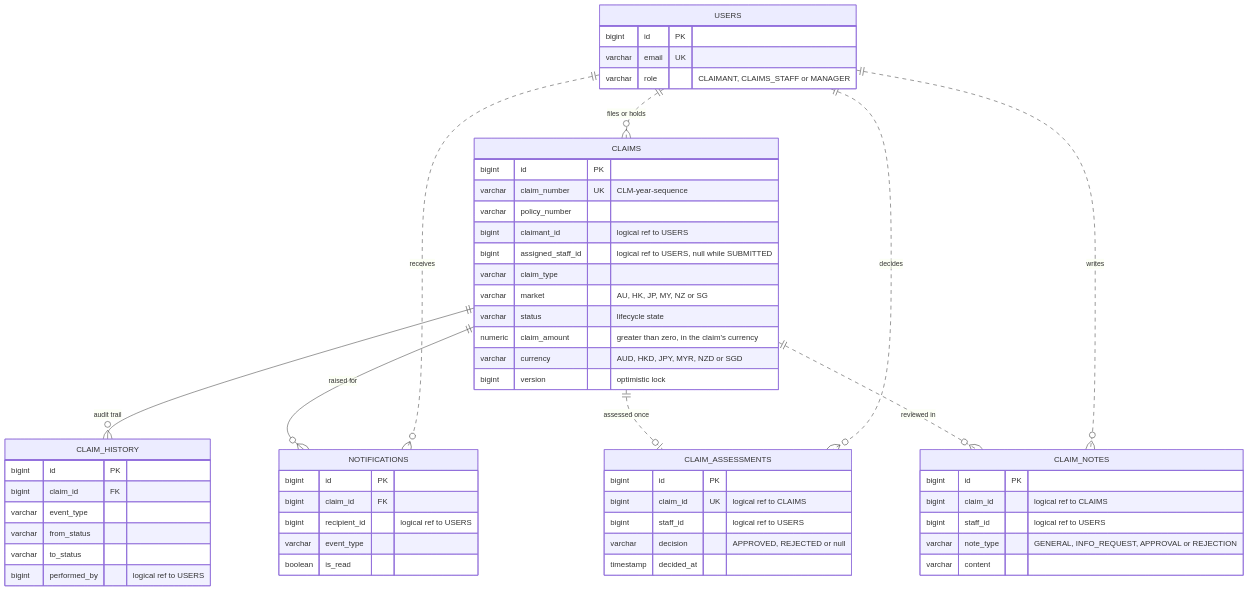
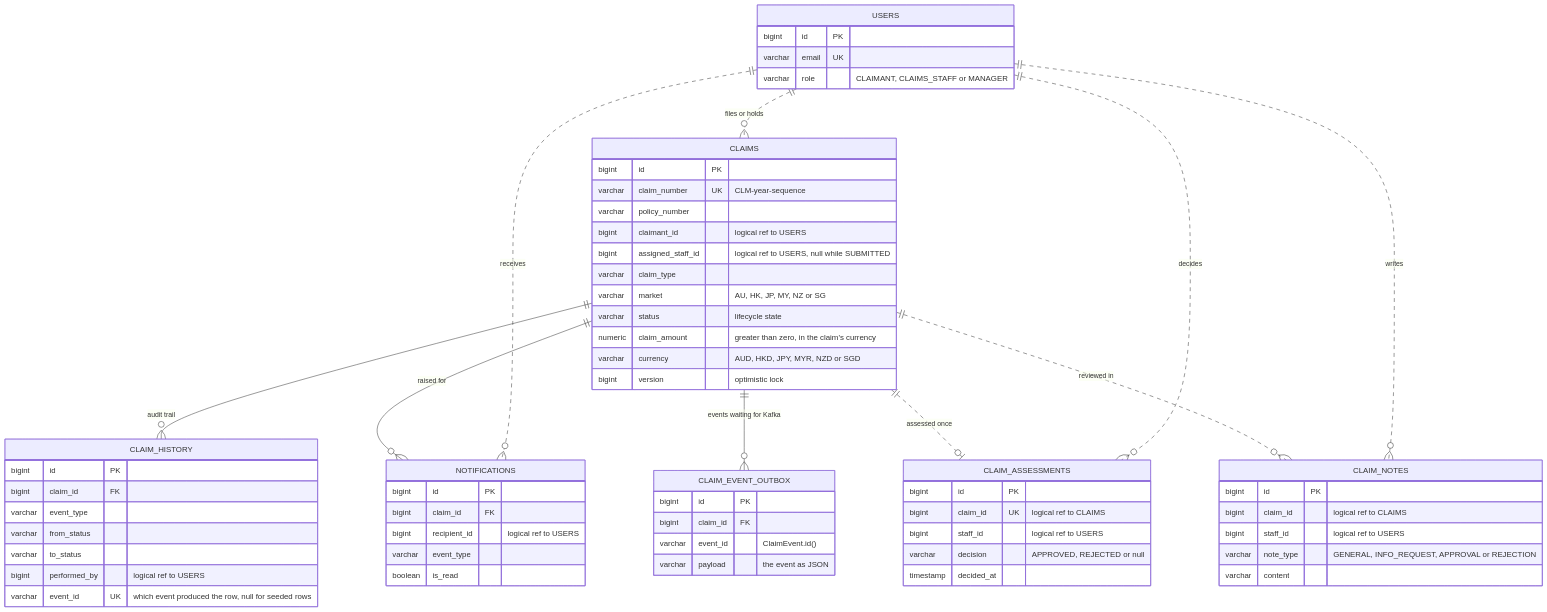
One commit to Prathyusha0405/Claims-Platform changed the sixth of 6 diagrams in architecture.md. Above: the diagram before and after it, drawn with Mermaid. The commit also changed other lines of this file and 14 other files, not shown here.

````diff
--- a/architecture.md
+++ b/architecture.md
@@ -276,58 +368,66 @@
 ```mermaid
 erDiagram
     USERS {
         bigint id PK
         varchar email UK
         varchar role "CLAIMANT, CLAIMS_STAFF or MANAGER"
     }
     CLAIMS {
         bigint id PK
         varchar claim_number UK "CLM-year-sequence"
         varchar policy_number
         bigint claimant_id "logical ref to USERS"
         bigint assigned_staff_id "logical ref to USERS, null while SUBMITTED"
         varchar claim_type
         varchar market "AU, HK, JP, MY, NZ or SG"
         varchar status "lifecycle state"
         numeric claim_amount "greater than zero, in the claim's currency"
         varchar currency "AUD, HKD, JPY, MYR, NZD or SGD"
         bigint version "optimistic lock"
     }
     CLAIM_HISTORY {
         bigint id PK
         bigint claim_id FK
         varchar event_type
         varchar from_status
         varchar to_status
         bigint performed_by "logical ref to USERS"
+        varchar event_id UK "which event produced the row, null for seeded rows"
+    }
+    CLAIM_EVENT_OUTBOX {
+        bigint id PK
+        bigint claim_id FK
+        varchar event_id "ClaimEvent.id()"
+        varchar payload "the event as JSON"
     }
     NOTIFICATIONS {
         bigint id PK
         bigint claim_id FK
         bigint recipient_id "logical ref to USERS"
         varchar event_type
         boolean is_read
     }
     CLAIM_ASSESSMENTS {
         bigint id PK
         bigint claim_id UK "logical ref to CLAIMS"
         bigint staff_id "logical ref to USERS"
         varchar decision "APPROVED, REJECTED or null"
         timestamp decided_at
     }
     CLAIM_NOTES {
         bigint id PK
         bigint claim_id "logical ref to CLAIMS"
         bigint staff_id "logical ref to USERS"
         varchar note_type "GENERAL, INFO_REQUEST, APPROVAL or REJECTION"
         varchar content
     }
     CLAIMS ||--o{ CLAIM_HISTORY : "audit trail"
     CLAIMS ||--o{ NOTIFICATIONS : "raised for"
+    CLAIMS ||--o{ CLAIM_EVENT_OUTBOX : "events waiting for Kafka"
     USERS ||..o{ CLAIMS : "files or holds"
     CLAIMS ||..o| CLAIM_ASSESSMENTS : "assessed once"
     CLAIMS ||..o{ CLAIM_NOTES : "reviewed in"
     USERS ||..o{ CLAIM_ASSESSMENTS : "decides"
     USERS ||..o{ CLAIM_NOTES : "writes"
     USERS ||..o{ NOTIFICATIONS : "receives"
 ```
````
